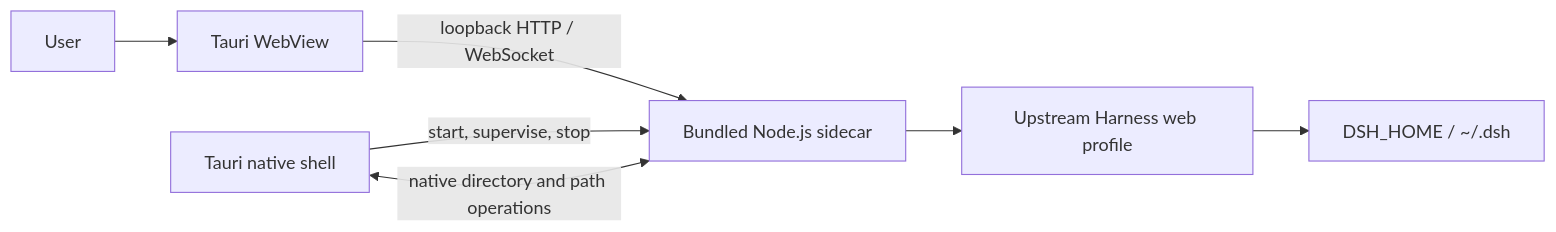
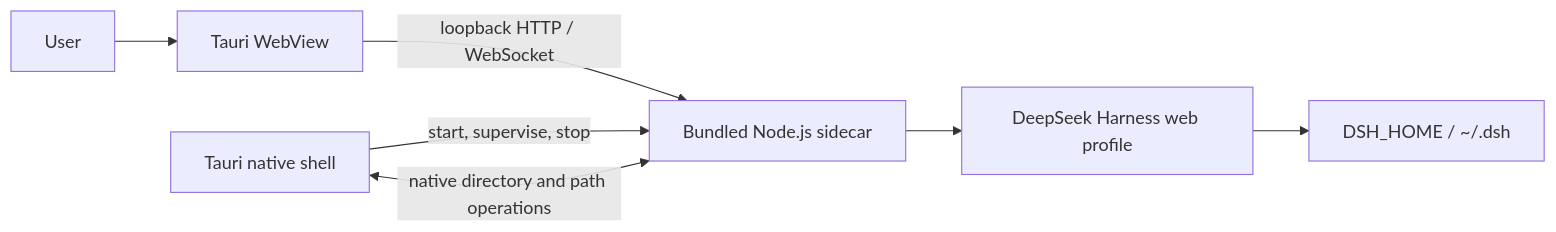
The diagram in README.en.md (cipherTing/deepseek-harness-desktop-pure), drawn with Mermaid before and after one commit. The commit also changed other lines of this file and 33 other files, not shown here.

````diff
--- a/README.en.md
+++ b/README.en.md
@@ -53,9 +53,9 @@
 ```mermaid
 flowchart LR
   U["User"] --> W["Tauri WebView"]
   T["Tauri native shell"] -->|"start, supervise, stop"| S["Bundled Node.js sidecar"]
   W -->|"loopback HTTP / WebSocket"| S
   T <-->|"native directory and path operations"| S
-  S --> H["Upstream Harness web profile"]
+  S --> H["DeepSeek Harness web profile"]
   H --> D["DSH_HOME / ~/.dsh"]
 ```
````
